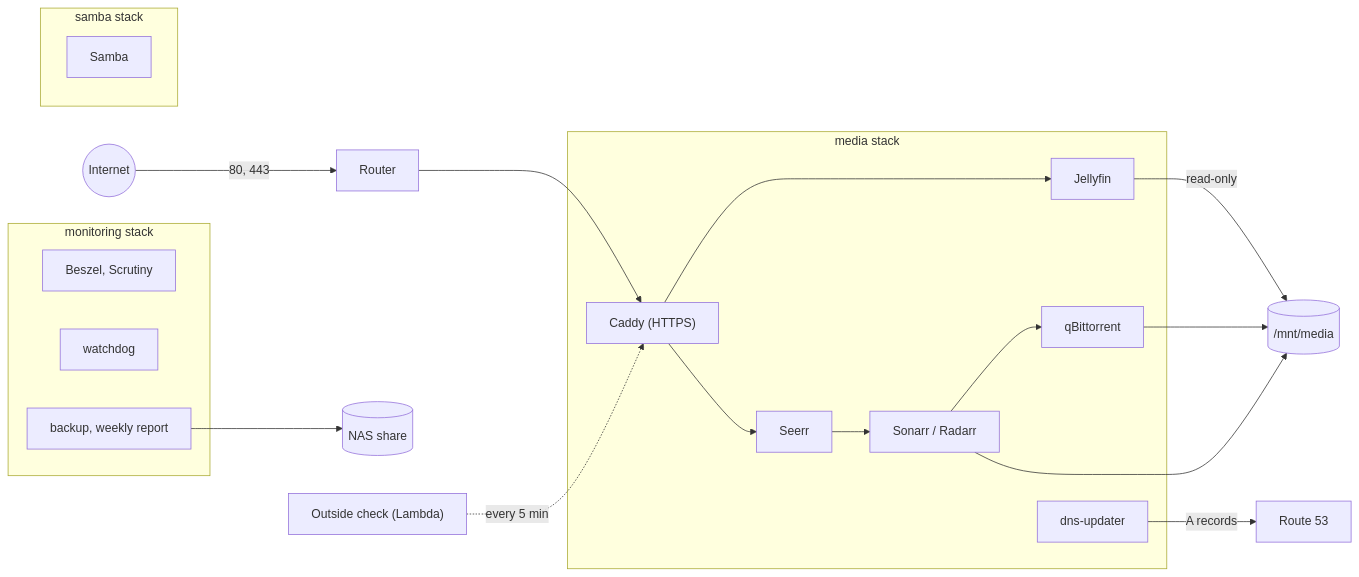
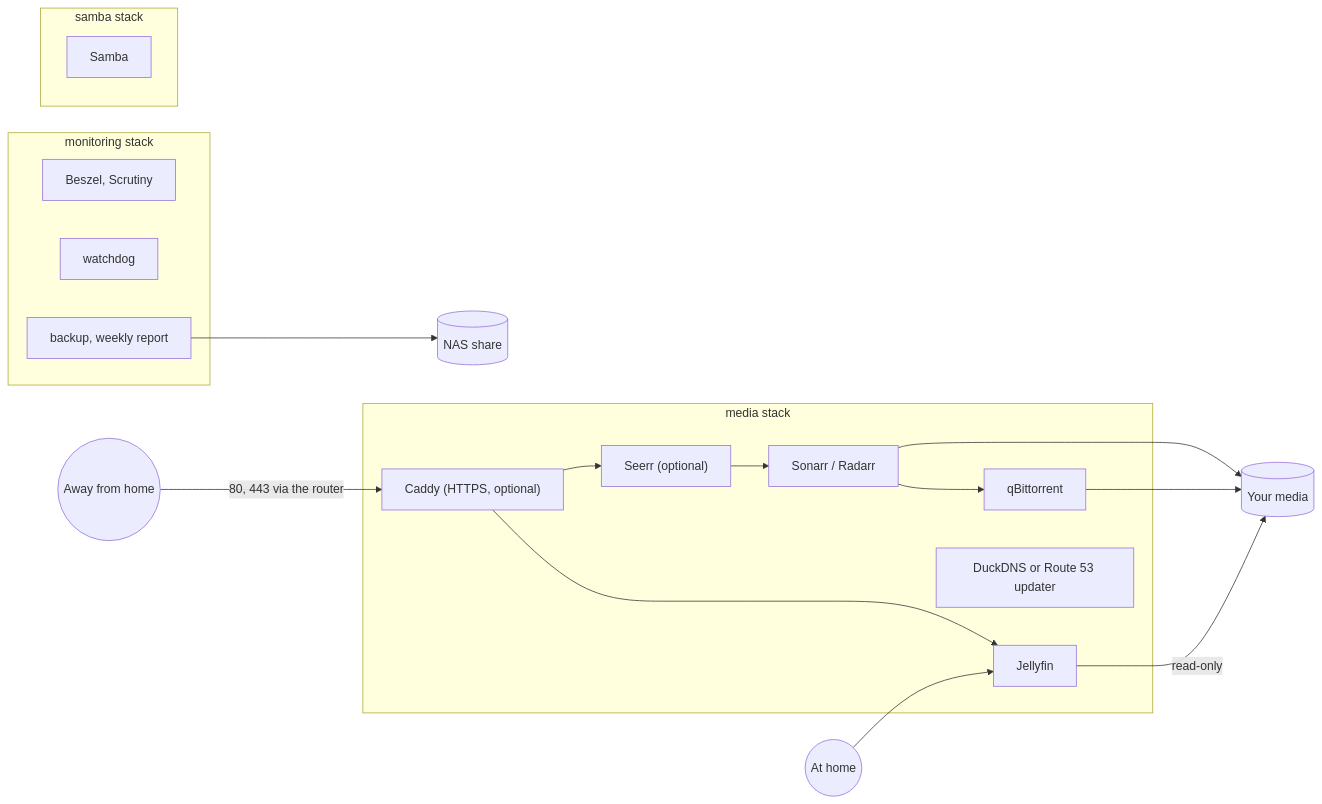
One commit to RaymanRJ/home-media-server changed the diagram in README.md. Above: the diagram before and after it, drawn with Mermaid. The commit also changed other lines of this file and 9 other files, not shown here.

First line of the commit message:
Make AWS optional: home-only by default, DuckDNS or Tailscale for remote

````diff
--- a/README.md
+++ b/README.md
@@ -34,30 +34,28 @@
 ```mermaid
 flowchart LR
-  internet((Internet)) -- "80, 443" --> router[Router]
-  router --> caddy
-
   subgraph media["media stack"]
-    caddy["Caddy (HTTPS)"] --> jellyfin[Jellyfin]
-    caddy --> seerr[Seerr]
+    jellyfin[Jellyfin]
+    caddy["Caddy (HTTPS, optional)"] --> jellyfin
+    caddy --> seerr["Seerr (optional)"]
     seerr --> arr["Sonarr / Radarr"]
     arr --> qbit[qBittorrent]
-    dns[dns-updater]
+    ddns["DuckDNS or Route 53 updater"]
   end
 
   subgraph monitoring["monitoring stack"]
     beszel["Beszel, Scrutiny"]
     watchdog[watchdog]
     backup["backup, weekly report"]
   end
 
   subgraph samba["samba stack"]
     smb[Samba]
   end
 
-  jellyfin -- read-only --> pool[("/mnt/media")]
+  home((At home)) --> jellyfin
+  internet((Away from home)) -- "80, 443 via the router" --> caddy
+  jellyfin -- read-only --> pool[("Your media")]
   qbit --> pool
   arr --> pool
   backup --> nas[("NAS share")]
-  dns -- "A records" --> r53["Route 53"]
-  lambda["Outside check (Lambda)"] -. "every 5 min" .-> caddy
 ```
````
